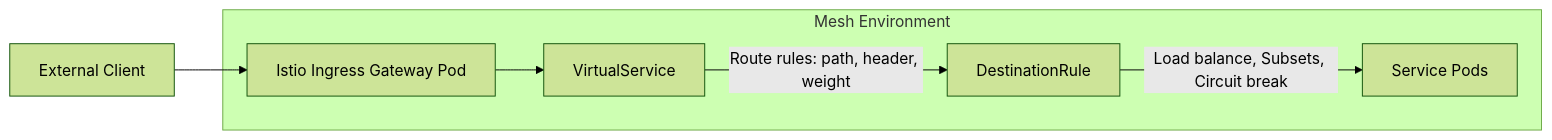
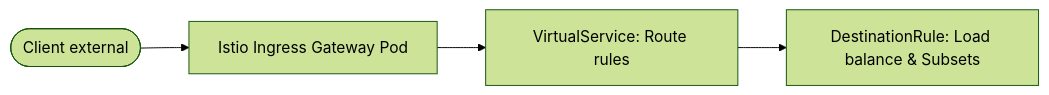
The second of 3 diagrams in src/content/docs/k8s/ica/module-1.2-istio-traffic-management.md (krisztiankoos/kubedojo), drawn with Mermaid (forest theme) before and after one commit. The commit also changed other lines of this file, not shown here.

Commit message:
chore(content): write-only draft [k8s/ica/module-1.2-istio-traffic-management]

````diff
--- a/src/content/docs/k8s/ica/module-1.2-istio-traffic-management.md
+++ b/src/content/docs/k8s/ica/module-1.2-istio-traffic-management.md
@@ -261,9 +276,6 @@
 ```mermaid
-flowchart LR
-    Client[External Client] --> Gateway[Istio Ingress Gateway Pod]
-    subgraph Mesh Environment
-        Gateway --> VS[VirtualService]
-        VS -->|Route rules: path, header, weight| DR[DestinationRule]
-        DR -->|Load balance, Subsets, Circuit break| Pods[Service Pods]
-    end
+graph LR
+    Client([Client external]) --> GW[Istio Ingress Gateway Pod]
+    GW --> VS[VirtualService: Route rules]
+    VS --> DR[DestinationRule: Load balance & Subsets]
 ```
````
